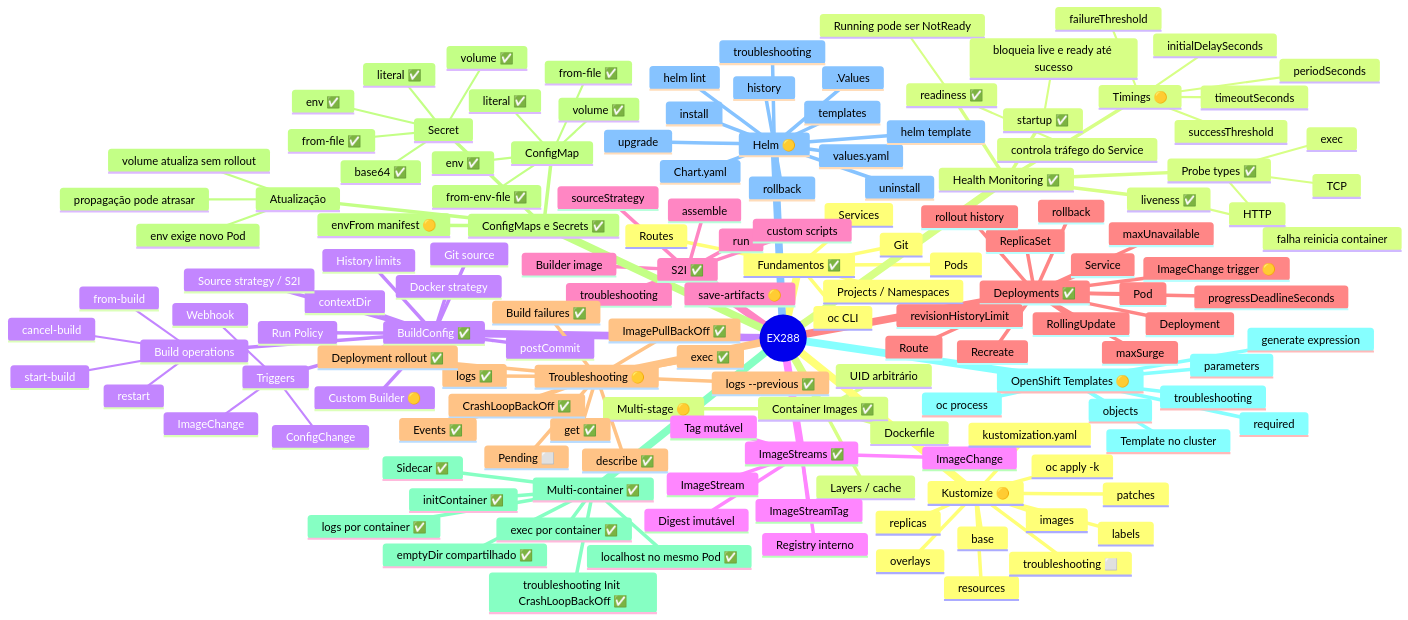
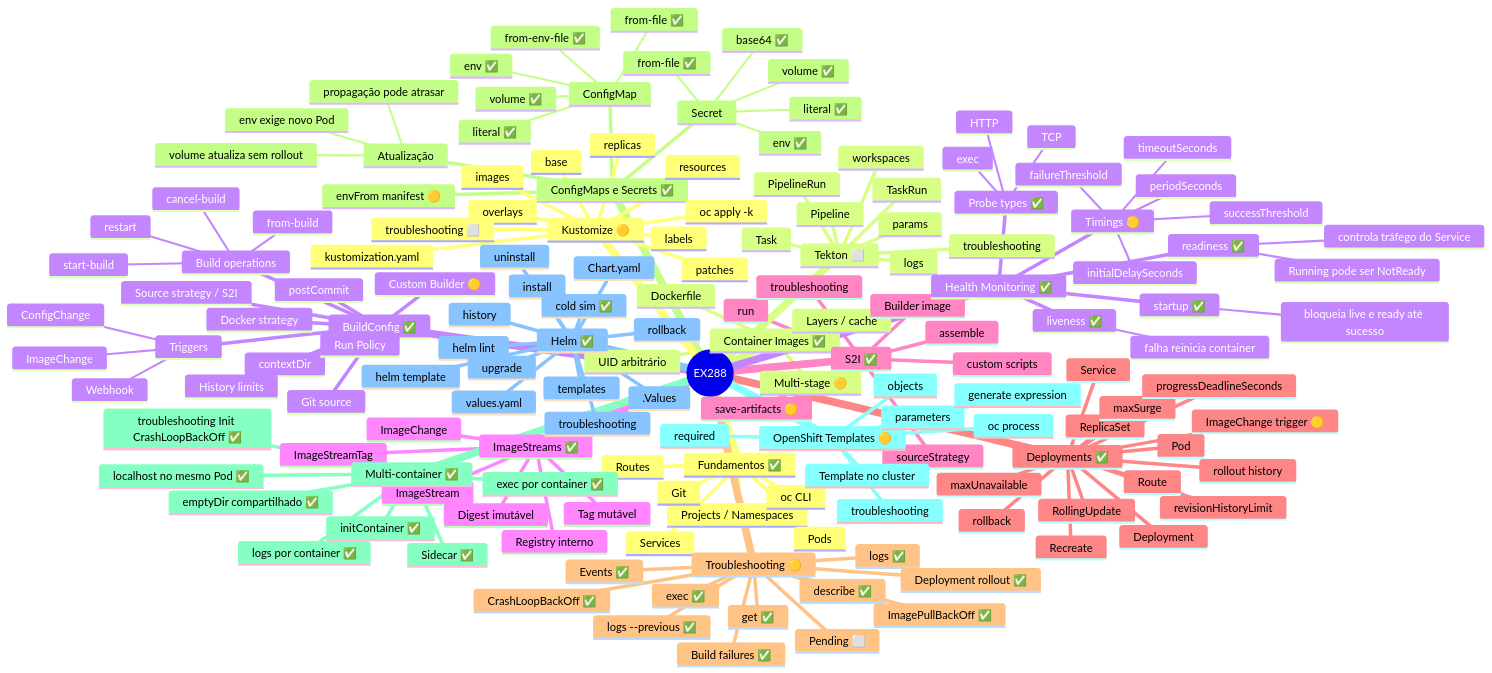
The second of 16 diagrams in mindmap/README.md (fmonticelli/ex288-labs), drawn with Mermaid before and after one commit. The commit also changed other lines of this file, not shown here.

Commit message:
docs: mark Helm complete and add Tekton flow

```diff
--- a/mindmap/README.md
+++ b/mindmap/README.md
@@ -163,7 +164,7 @@
       generate expression
       Template no cluster
       troubleshooting
-    Helm 🟡
+    Helm ✅
       Chart.yaml
       values.yaml
       templates
@@ -176,6 +177,7 @@
       rollback
       uninstall
       troubleshooting
+      cold sim ✅
     Kustomize 🟡
       kustomization.yaml
       resources
@@ -187,6 +189,15 @@
       patches
       oc apply -k
       troubleshooting ⬜
+    Tekton ⬜
+      Task
+      TaskRun
+      Pipeline
+      PipelineRun
+      params
+      workspaces
+      logs
+      troubleshooting
     Health Monitoring ✅
       readiness ✅
         Running pode ser NotReady
```
